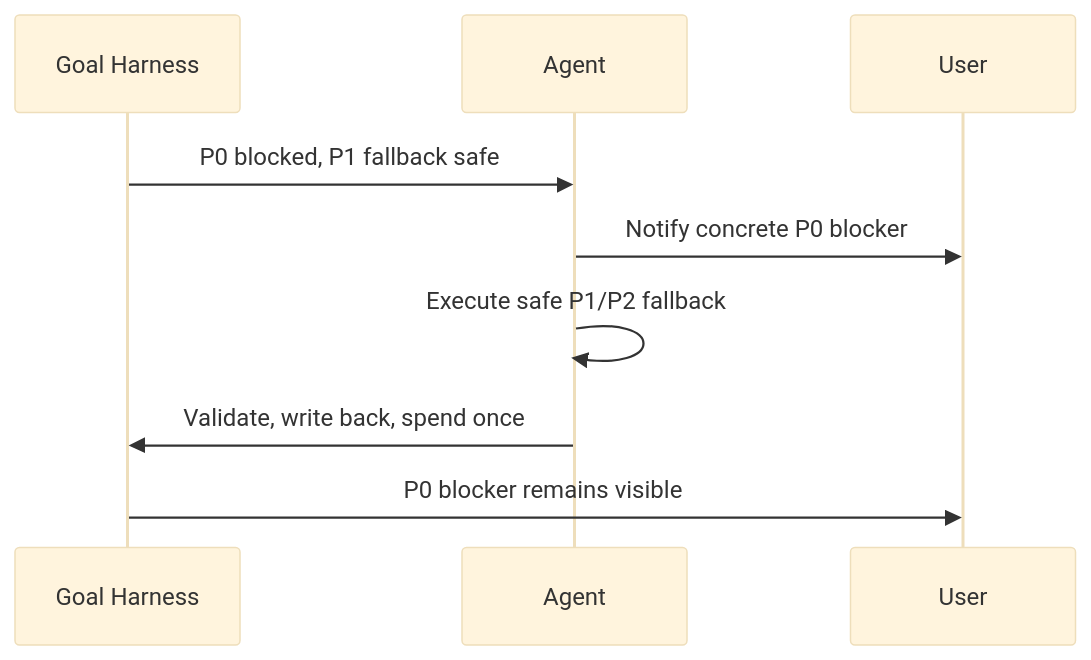
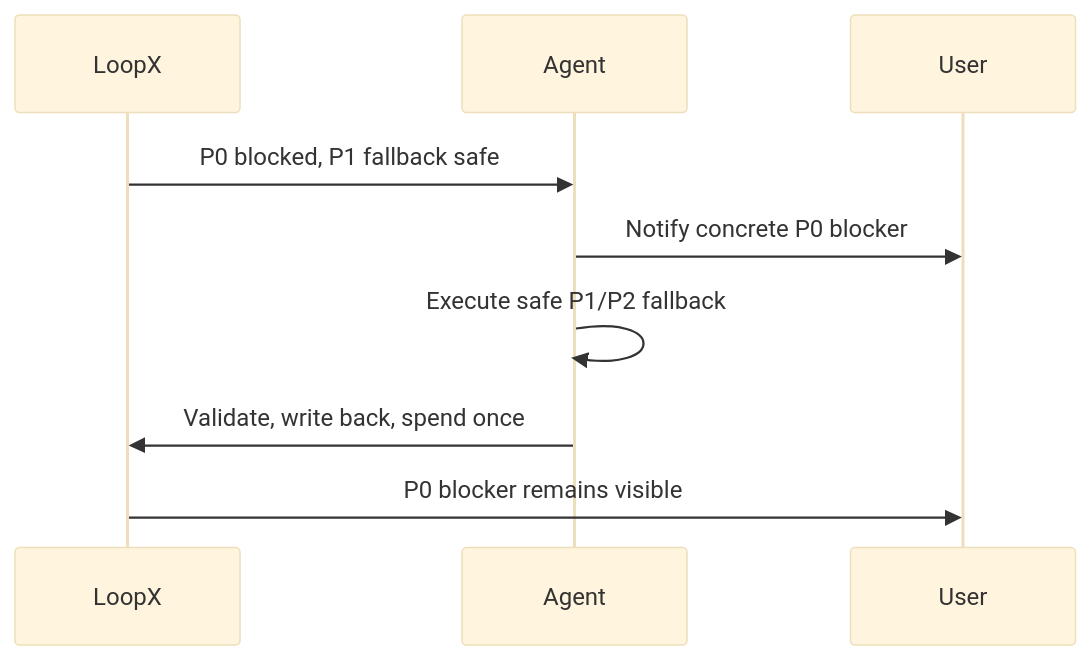
Before and after one commit to huangruiteng/goal-harness: the second of 27 diagrams in docs/interaction-pattern-catalog.md, drawn with Mermaid (base theme). The commit also changed other lines of this file and 641 other files, not shown here.

````diff
--- a/docs/interaction-pattern-catalog.md
+++ b/docs/interaction-pattern-catalog.md
@@ -198,11 +198,11 @@
 ```mermaid
 sequenceDiagram
-  participant GH as Goal Harness
+  participant GH as LoopX
   participant Agent as Agent
   participant User as User
   GH->>Agent: P0 blocked, P1 fallback safe
   Agent->>User: Notify concrete P0 blocker
   Agent->>Agent: Execute safe P1/P2 fallback
   Agent->>GH: Validate, write back, spend once
   GH->>User: P0 blocker remains visible
 ```
````
